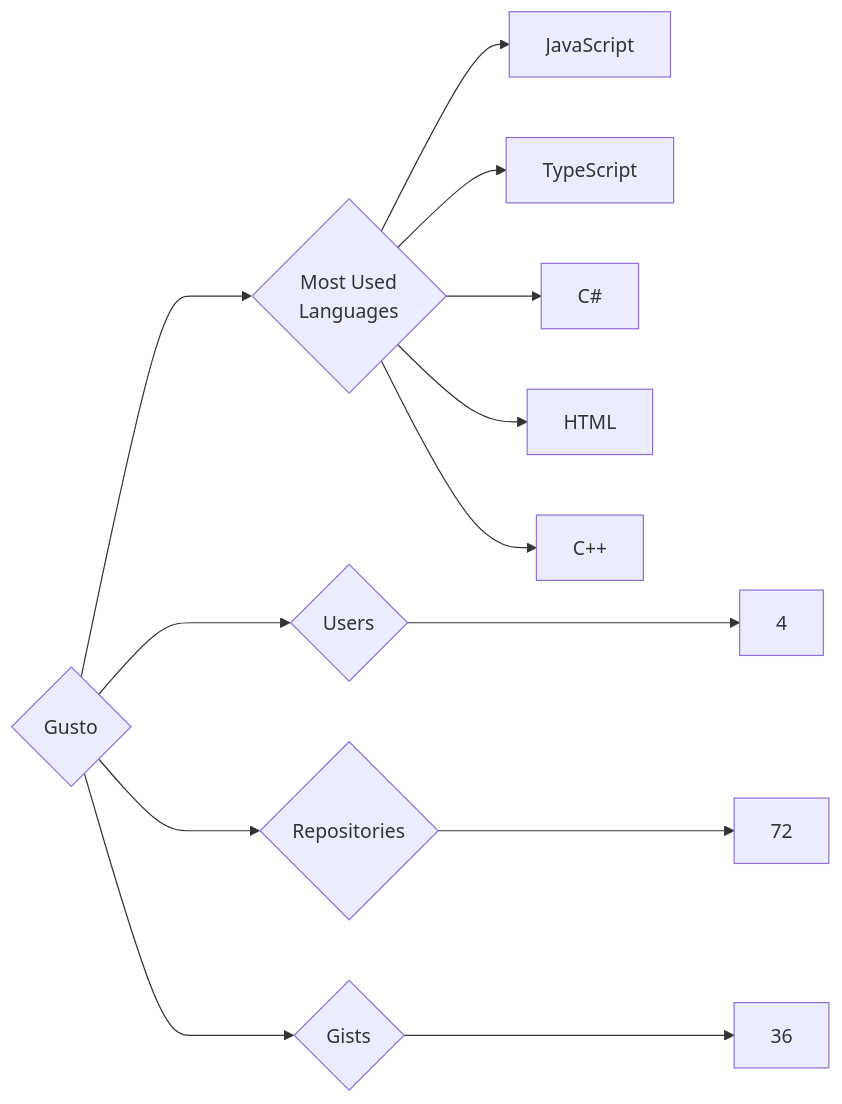
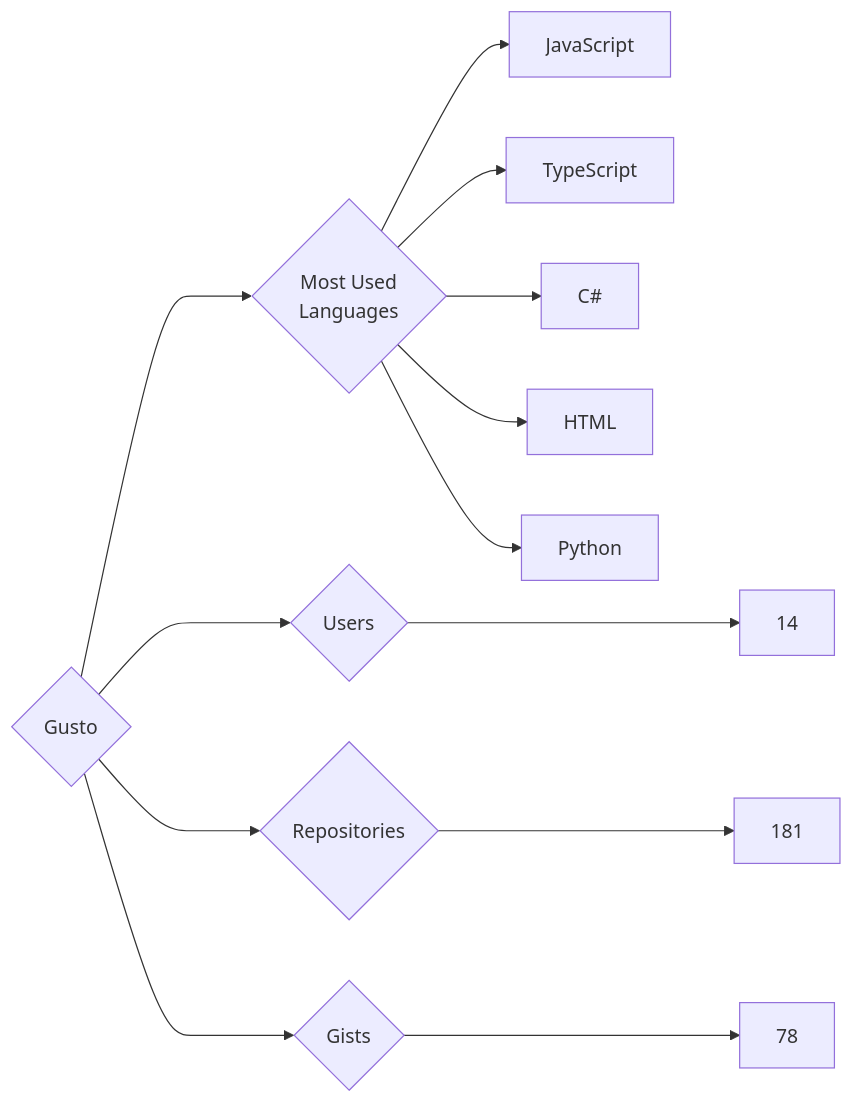
Before and after one commit to trickest/insiders: the diagram in targets/Gusto/README.md, drawn with Mermaid. The commit also changed 640 other files, not shown here.

````diff
--- a/targets/Gusto/README.md
+++ b/targets/Gusto/README.md
@@ -3,13 +3,13 @@
 ```mermaid
 graph LR
 COMPANY_NAME{Gusto}
-COMPANY_NAME ---> U{Users} ---> UN[4]
-COMPANY_NAME ---> R{Repositories} ---> RN[72]
-COMPANY_NAME ---> G{Gists} ---> GN[36]
+COMPANY_NAME ---> U{Users} ---> UN[14]
+COMPANY_NAME ---> R{Repositories} ---> RN[181]
+COMPANY_NAME ---> G{Gists} ---> GN[78]
 COMPANY_NAME ---> ML{Most Used<br>Languages}
 ML --> JavaScript[JavaScript]
 ML --> TypeScript[TypeScript]
 ML --> C#[C#]
 ML --> HTML[HTML]
-ML --> C++[C++]
+ML --> Python[Python]
 ```
````
